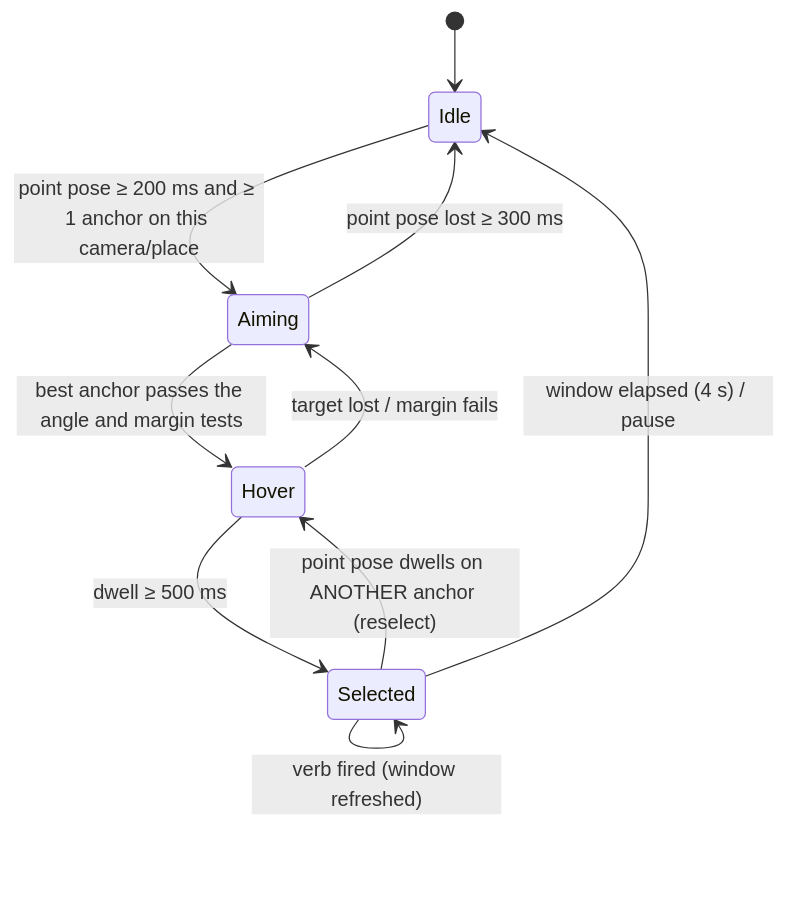
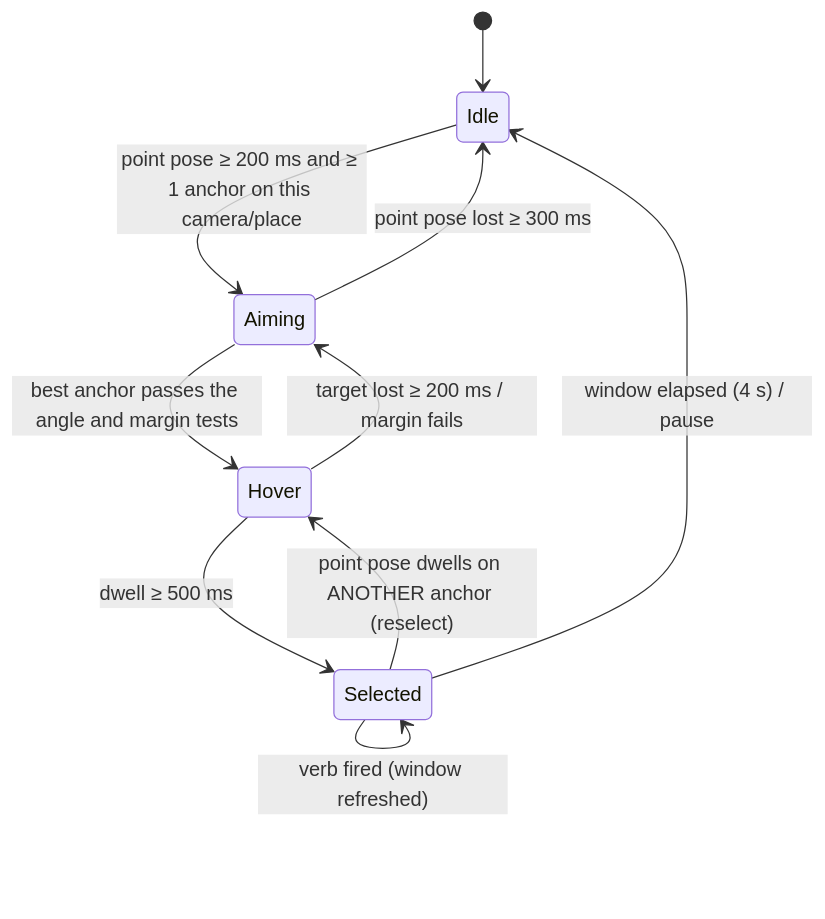
The diagram in docs/spec/09-device-targeting.md (joselcaguilar/flick), drawn with Mermaid before and after one commit. The commit also changed other lines of this file and 4 other files, not shown here.

````diff
--- a/docs/spec/09-device-targeting.md
+++ b/docs/spec/09-device-targeting.md
@@ -41,12 +41,12 @@
 ```mermaid
 stateDiagram-v2
   [*] --> Idle
   Idle --> Aiming: point pose ≥ 200 ms and ≥ 1 anchor on this camera/place
   Aiming --> Hover: best anchor passes the angle and margin tests
-  Hover --> Aiming: target lost / margin fails
+  Hover --> Aiming: target lost ≥ 200 ms / margin fails
   Hover --> Selected: dwell ≥ 500 ms
   Selected --> Selected: verb fired (window refreshed)
   Selected --> Hover: point pose dwells on ANOTHER anchor (reselect)
   Selected --> Idle: window elapsed (4 s) / pause
   Aiming --> Idle: point pose lost ≥ 300 ms
 ```
````
